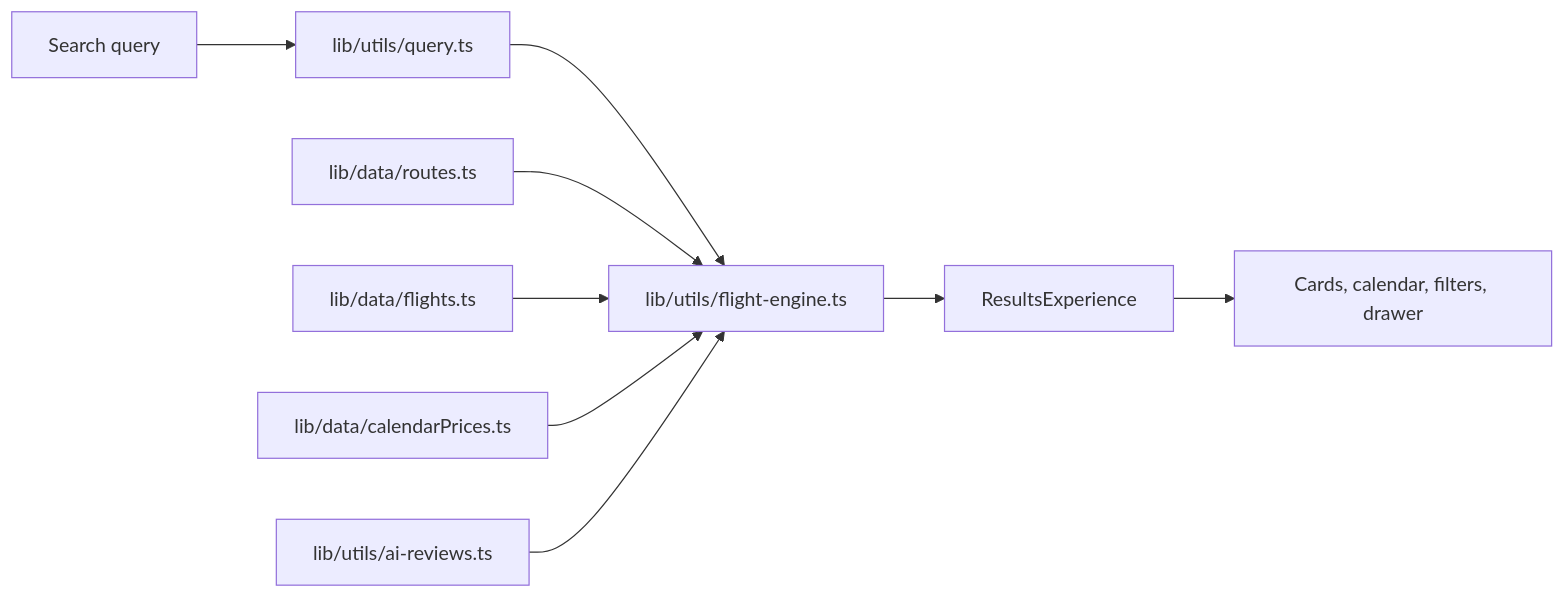
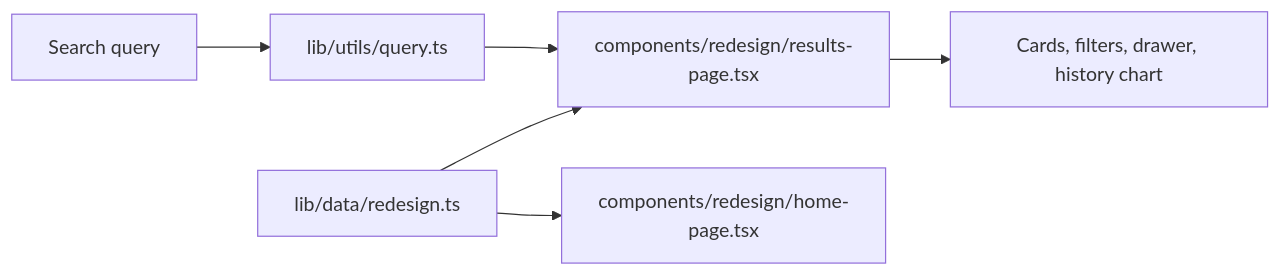
One commit to liu-dongfang/flight-deal-finder-showcase changed the second of 2 diagrams in docs/architecture.md. Above: the diagram before and after it, drawn with Mermaid. The commit also changed other lines of this file and 11 other files, not shown here.

````diff
--- a/docs/architecture.md
+++ b/docs/architecture.md
@@ -89,11 +100,8 @@
 ```mermaid
 flowchart LR
     Q["Search query"] --> U["lib/utils/query.ts"]
-    U --> E["lib/utils/flight-engine.ts"]
-    A["lib/data/routes.ts"] --> E
-    B["lib/data/flights.ts"] --> E
-    C["lib/data/calendarPrices.ts"] --> E
-    D["lib/utils/ai-reviews.ts"] --> E
-    E --> X["ResultsExperience"]
-    X --> Y["Cards, calendar, filters, drawer"]
+    U --> R["components/redesign/results-page.tsx"]
+    A["lib/data/redesign.ts"] --> H["components/redesign/home-page.tsx"]
+    A --> R
+    R --> Y["Cards, filters, drawer, history chart"]
 ```
````
